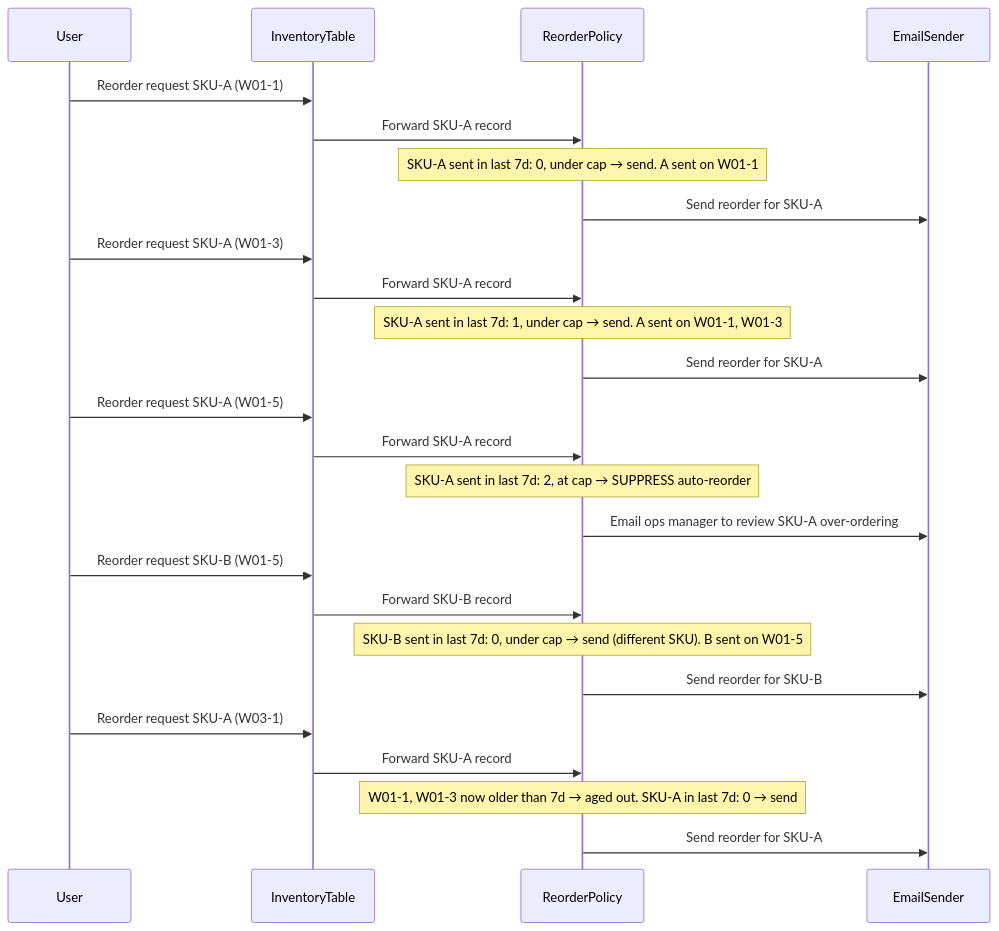
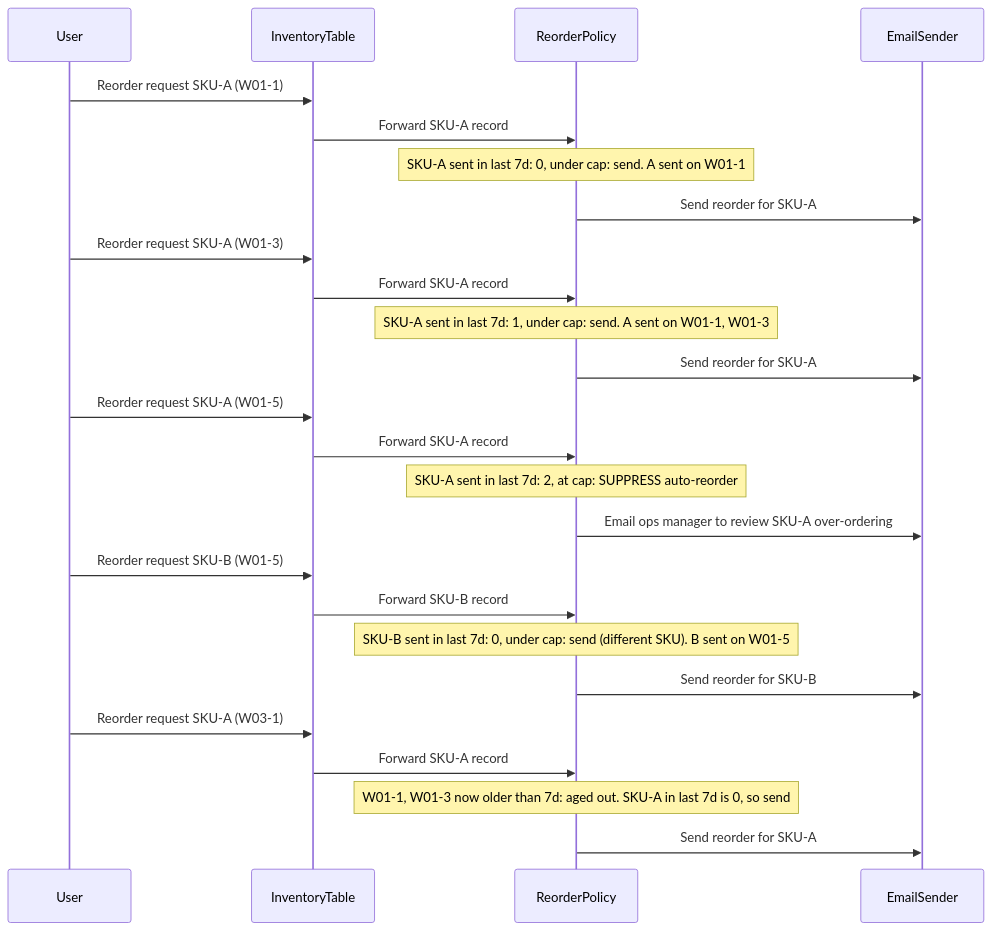
The third of 3 diagrams in examples/inventory.md (asafam/programmable-online-llm-objects), drawn with Mermaid before and after one commit. The commit also changed 2 other files, not shown here.

Commit message:
examples: replace → arrow with colon in mermaid notes
The unicode arrow rendered inconsistently in some mermaid viewers;
use a plain colon (or a word) to express the condition/result instead.

````diff
--- a/examples/inventory.md
+++ b/examples/inventory.md
@@ -78,32 +78,32 @@
 ```mermaid
 sequenceDiagram
   participant User
   participant InventoryTable
   participant ReorderPolicy
   participant EmailSender
 
   User->>InventoryTable: Reorder request SKU-A (W01-1)
   InventoryTable->>ReorderPolicy: Forward SKU-A record
-  Note over ReorderPolicy: SKU-A sent in last 7d: 0, under cap → send. A sent on W01-1
+  Note over ReorderPolicy: SKU-A sent in last 7d: 0, under cap: send. A sent on W01-1
   ReorderPolicy->>EmailSender: Send reorder for SKU-A
 
   User->>InventoryTable: Reorder request SKU-A (W01-3)
   InventoryTable->>ReorderPolicy: Forward SKU-A record
-  Note over ReorderPolicy: SKU-A sent in last 7d: 1, under cap → send. A sent on W01-1, W01-3
+  Note over ReorderPolicy: SKU-A sent in last 7d: 1, under cap: send. A sent on W01-1, W01-3
   ReorderPolicy->>EmailSender: Send reorder for SKU-A
 
   User->>InventoryTable: Reorder request SKU-A (W01-5)
   InventoryTable->>ReorderPolicy: Forward SKU-A record
-  Note over ReorderPolicy: SKU-A sent in last 7d: 2, at cap → SUPPRESS auto-reorder
+  Note over ReorderPolicy: SKU-A sent in last 7d: 2, at cap: SUPPRESS auto-reorder
   ReorderPolicy->>EmailSender: Email ops manager to review SKU-A over-ordering
 
   User->>InventoryTable: Reorder request SKU-B (W01-5)
   InventoryTable->>ReorderPolicy: Forward SKU-B record
-  Note over ReorderPolicy: SKU-B sent in last 7d: 0, under cap → send (different SKU). B sent on W01-5
+  Note over ReorderPolicy: SKU-B sent in last 7d: 0, under cap: send (different SKU). B sent on W01-5
   ReorderPolicy->>EmailSender: Send reorder for SKU-B
 
   User->>InventoryTable: Reorder request SKU-A (W03-1)
   InventoryTable->>ReorderPolicy: Forward SKU-A record
-  Note over ReorderPolicy: W01-1, W01-3 now older than 7d → aged out. SKU-A in last 7d: 0 → send
+  Note over ReorderPolicy: W01-1, W01-3 now older than 7d: aged out. SKU-A in last 7d is 0, so send
   ReorderPolicy->>EmailSender: Send reorder for SKU-A
 ```
````
